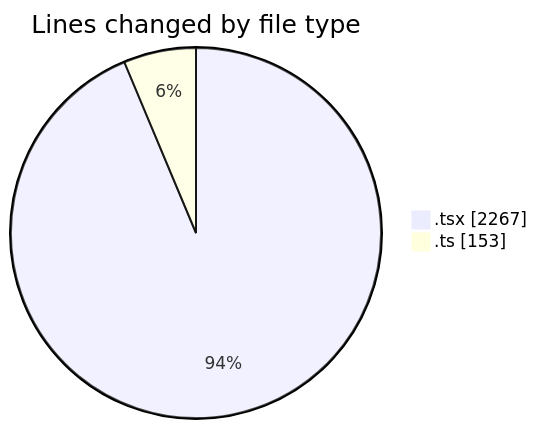
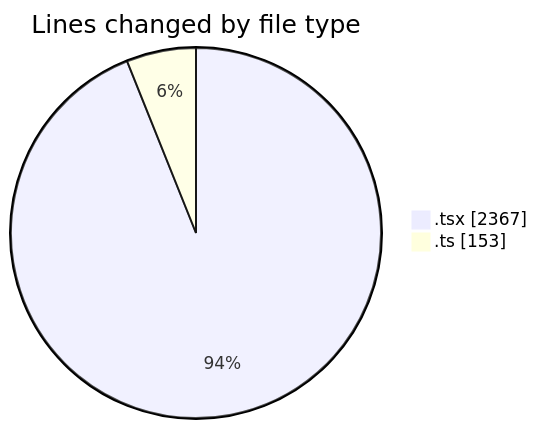
Before and after one commit to nxtqubesakshisongat/code-tracking: the first of 2 diagrams in 2026-03-27/nxtqube_webapp/README.md, drawn with Mermaid. The commit also changed other lines of this file and 1 other file, not shown here.

````diff
--- a/2026-03-27/nxtqube_webapp/README.md
+++ b/2026-03-27/nxtqube_webapp/README.md
@@ -23,6 +23,6 @@
 ```mermaid
 pie showData
 title Lines changed by file type
-".tsx" : 2267
+".tsx" : 2367
 ".ts" : 153
 ```
````
